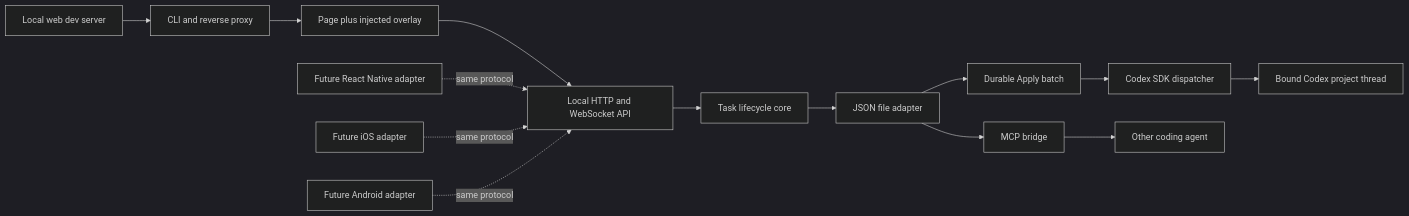
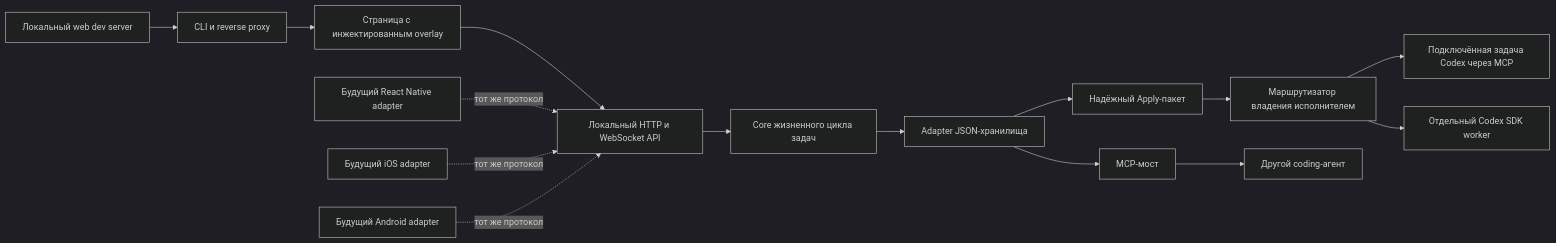
Before and after one commit to PRODactionPRO/visual-intent: the first of 2 diagrams in docs/ARCHITECTURE.md, drawn with Mermaid (dark theme). The commit also changed other lines of this file and 21 other files, not shown here.

Commit message:
feat: harden project-local Visual Intent sessions

````diff
--- a/docs/ARCHITECTURE.md
+++ b/docs/ARCHITECTURE.md
@@ -7,17 +7,18 @@
 ```mermaid
 flowchart LR
-  App["Local web dev server"] --> Proxy["CLI and reverse proxy"]
-  Proxy --> Browser["Page plus injected overlay"]
-  Browser --> API["Local HTTP and WebSocket API"]
-  API --> Core["Task lifecycle core"]
-  Core --> Store["JSON file adapter"]
-  Store --> Batch["Durable Apply batch"]
-  Batch --> Dispatcher["Codex SDK dispatcher"]
-  Dispatcher --> Thread["Bound Codex project thread"]
-  Store --> MCP["MCP bridge"]
-  MCP --> Agent["Other coding agent"]
+  App["Локальный web dev server"] --> Proxy["CLI и reverse proxy"]
+  Proxy --> Browser["Страница с инжектированным overlay"]
+  Browser --> API["Локальный HTTP и WebSocket API"]
+  API --> Core["Core жизненного цикла задач"]
+  Core --> Store["Adapter JSON-хранилища"]
+  Store --> Batch["Надёжный Apply-пакет"]
+  Batch --> Router["Маршрутизатор владения исполнителем"]
+  Router --> Host["Подключённая задача Codex через MCP"]
+  Router --> Dispatcher["Отдельный Codex SDK worker"]
+  Store --> MCP["MCP-мост"]
+  MCP --> Agent["Другой coding-агент"]
 
-  RN["Future React Native adapter"] -. "same protocol" .-> API
-  IOS["Future iOS adapter"] -. "same protocol" .-> API
-  Android["Future Android adapter"] -. "same protocol" .-> API
+  RN["Будущий React Native adapter"] -. "тот же протокол" .-> API
+  IOS["Будущий iOS adapter"] -. "тот же протокол" .-> API
+  Android["Будущий Android adapter"] -. "тот же протокол" .-> API
 ```
````
